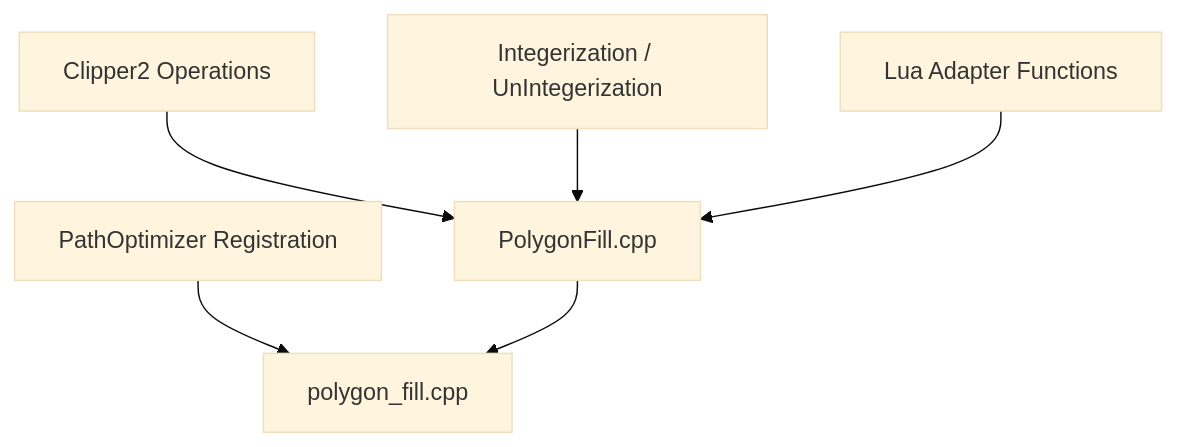
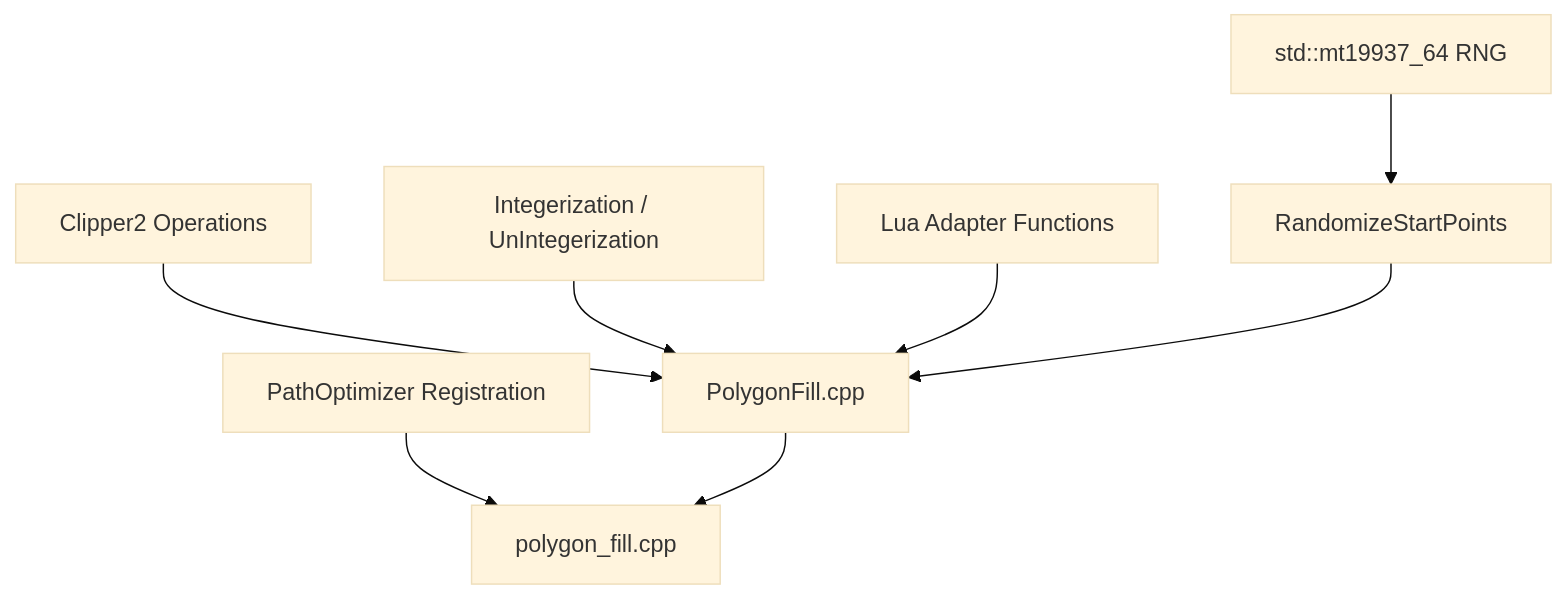
Diagram 13 of 14 in .qoder/repowiki/en/content/Core Modules/2D Geometry Engine (2D_)/Polygon Fill Algorithms.md (hsmbanlance/HsBaSlicer), drawn with Mermaid (base theme) before and after one commit. The commit also changed other lines of this file and 365 other files, not shown here.

````diff
--- a/.qoder/repowiki/en/content/Core Modules/2D Geometry Engine (2D_)/Polygon Fill Algorithms.md
+++ b/.qoder/repowiki/en/content/Core Modules/2D Geometry Engine (2D_)/Polygon Fill Algorithms.md
@@ -421,8 +488,10 @@
 ```mermaid
 graph TB
 Clipper["Clipper2 Operations"] --> PF["PolygonFill.cpp"]
 IntUtils["Integerization / UnIntegerization"] --> PF
 LuaAdapter["Lua Adapter Functions"] --> PF
 PathOpt["PathOptimizer Registration"] --> LPC["polygon_fill.cpp"]
+RNG["std::mt19937_64 RNG"] --> Randomizer["RandomizeStartPoints"]
 PF --> LPC
+Randomizer --> PF
 ```
````
